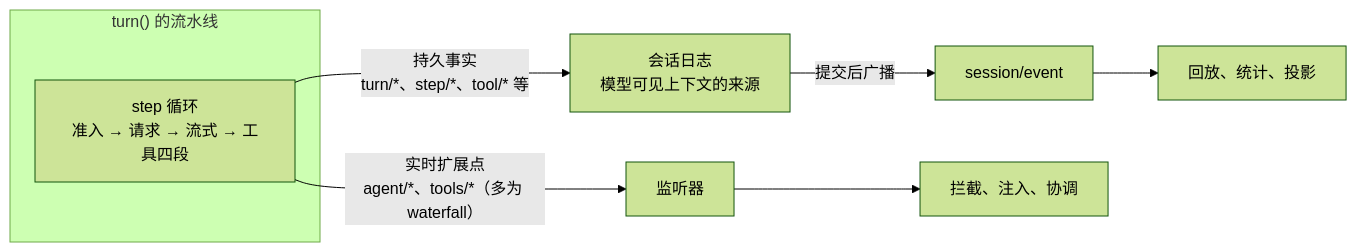
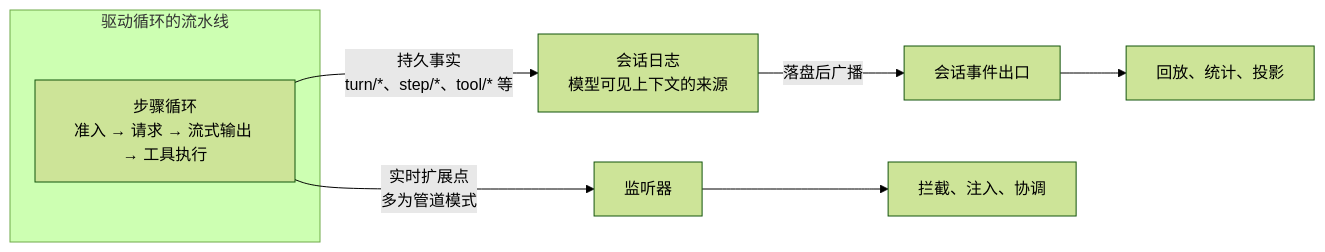
One commit to anthonyzhao-4926/blog changed the first of 3 diagrams in dsh 插件开发学习/10-事件进阶.md. Above: the diagram before and after it, drawn with Mermaid (forest theme). The commit also changed other lines of this file and 38 other files, not shown here.

````diff
--- a/dsh 插件开发学习/10-事件进阶.md
+++ b/dsh 插件开发学习/10-事件进阶.md
@@ -35,11 +37,11 @@
 ```mermaid
 flowchart LR
-    subgraph T["turn() 的流水线"]
-        S["step 循环<br/>准入 → 请求 → 流式 → 工具四段"]
+    subgraph T["驱动循环的流水线"]
+        S["步骤循环<br/>准入 → 请求 → 流式输出 → 工具执行"]
     end
     S -->|"持久事实<br/>turn/*、step/*、tool/* 等"| L["会话日志<br/>模型可见上下文的来源"]
-    L -->|"提交后广播"| SE["session/event"]
+    L -->|"落盘后广播"| SE["会话事件出口"]
     SE --> U1["回放、统计、投影"]
-    S -->|"实时扩展点<br/>agent/*、tools/*（多为 waterfall）"| X["监听器"]
+    S -->|"实时扩展点<br/>多为管道模式"| X["监听器"]
     X --> U2["拦截、注入、协调"]
 ```
````
